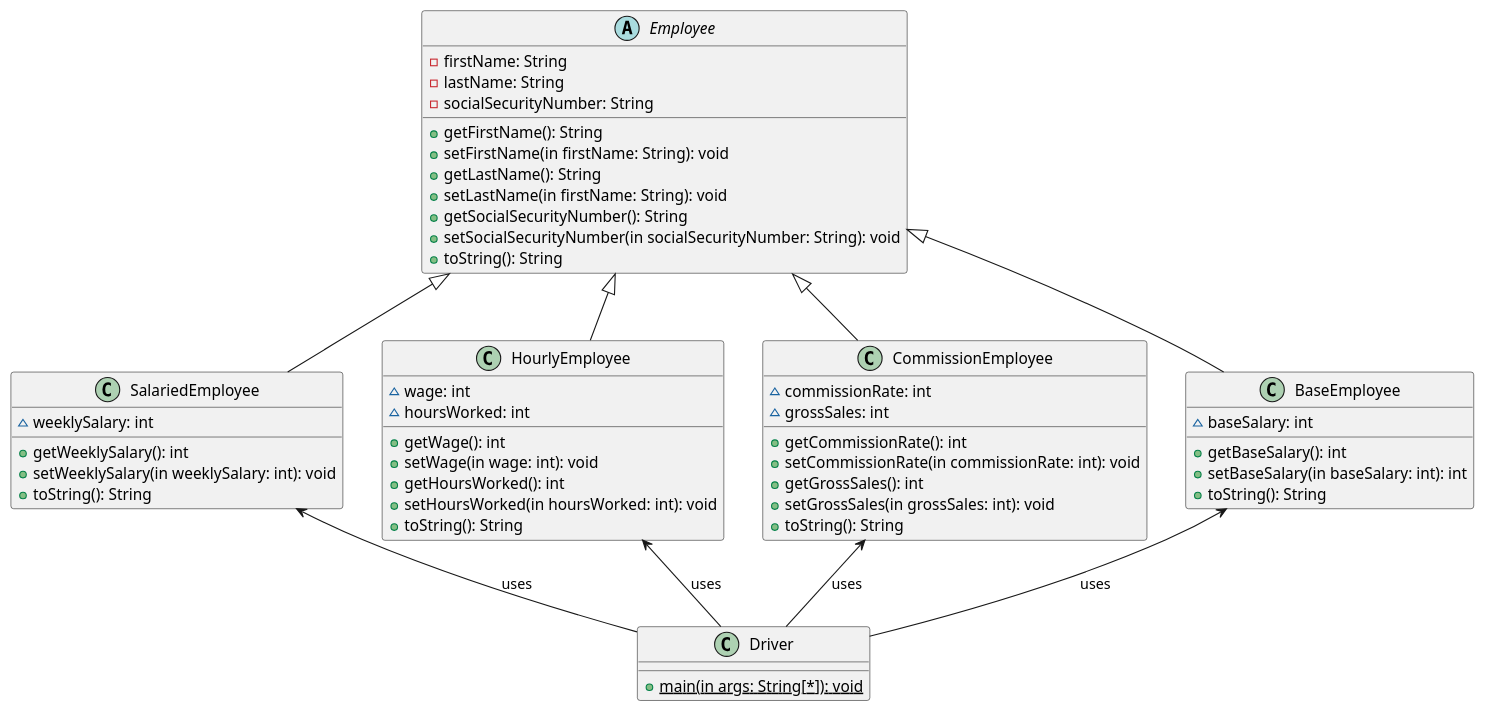
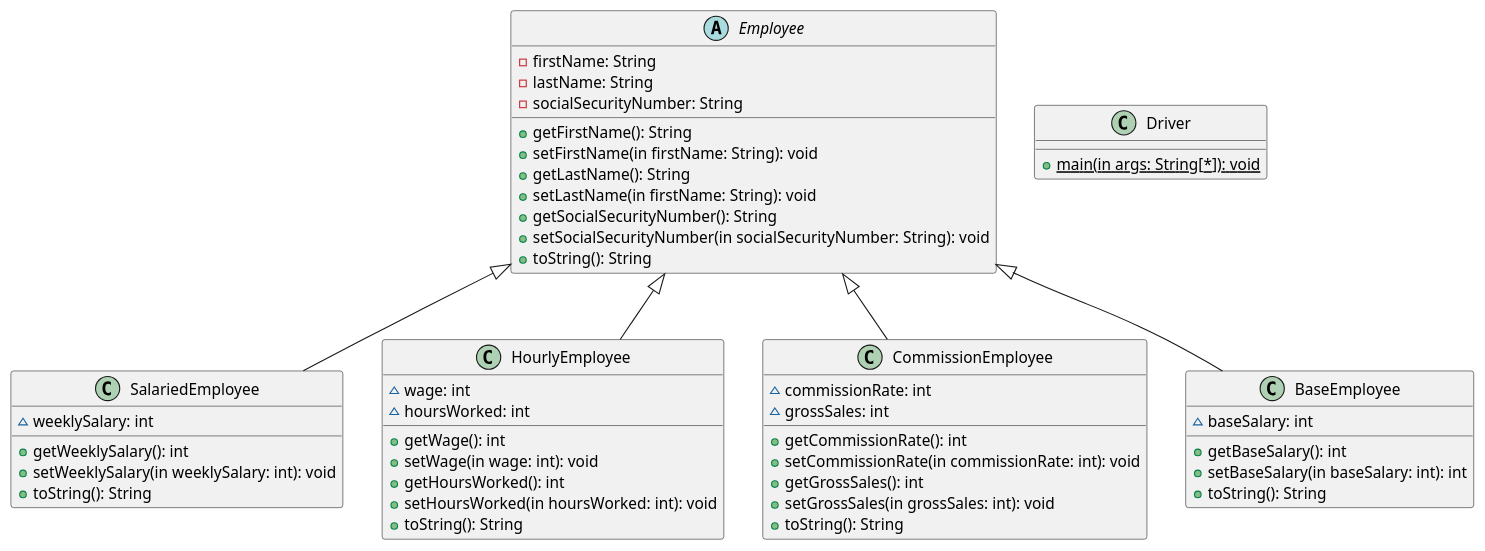
Before and after one commit to Simon-D-Nguyen/CS-4800HW3: the diagram in ClassDiagrams/Inheritance.puml, drawn with PlantUML. The commit also changed 3 other files, not shown here.

Commit message:
Fixed Driver arrows in all Object diagrams

```diff
--- a/ClassDiagrams/Inheritance.puml
+++ b/ClassDiagrams/Inheritance.puml
@@ -1,74 +1,68 @@
 @startuml
 'https://plantuml.com/class-diagram
 
 abstract class Employee {
 -firstName: String
 -lastName: String
 -socialSecurityNumber: String
 
 + getFirstName(): String
 + setFirstName(in firstName: String): void
 + getLastName(): String
 + setLastName(in firstName: String): void
 + getSocialSecurityNumber(): String
 + setSocialSecurityNumber(in socialSecurityNumber: String): void
 + toString(): String
 }
 
 class SalariedEmployee {
 ~ weeklySalary: int
 
 + getWeeklySalary(): int
 + setWeeklySalary(in weeklySalary: int): void
 + toString(): String
 }
 
 
 class HourlyEmployee{
 ~ wage: int
 ~ hoursWorked: int
 
 + getWage(): int
 + setWage(in wage: int): void
 + getHoursWorked(): int
 + setHoursWorked(in hoursWorked: int): void
 + toString(): String
 }
 
 class CommissionEmployee {
 ~ commissionRate: int
 ~ grossSales: int
 
 + getCommissionRate(): int
 + setCommissionRate(in commissionRate: int): void
 + getGrossSales(): int
 + setGrossSales(in grossSales: int): void
 + toString(): String
 }
 
 class BaseEmployee {
 ~ baseSalary: int
 
 + getBaseSalary(): int
 + setBaseSalary(in baseSalary: int): int
 + toString(): String
 }
 
 
 Employee <|-- SalariedEmployee
 Employee <|-- HourlyEmployee
 Employee <|-- CommissionEmployee
 Employee <|-- BaseEmployee
 
 
 class Driver {
 + {static} main(in args: String[*]): void
 }
 
-SalariedEmployee <-- Driver : uses
-HourlyEmployee <-- Driver : uses
-CommissionEmployee <-- Driver : uses
-BaseEmployee <-- Driver : uses
-
-
 @enduml
```
